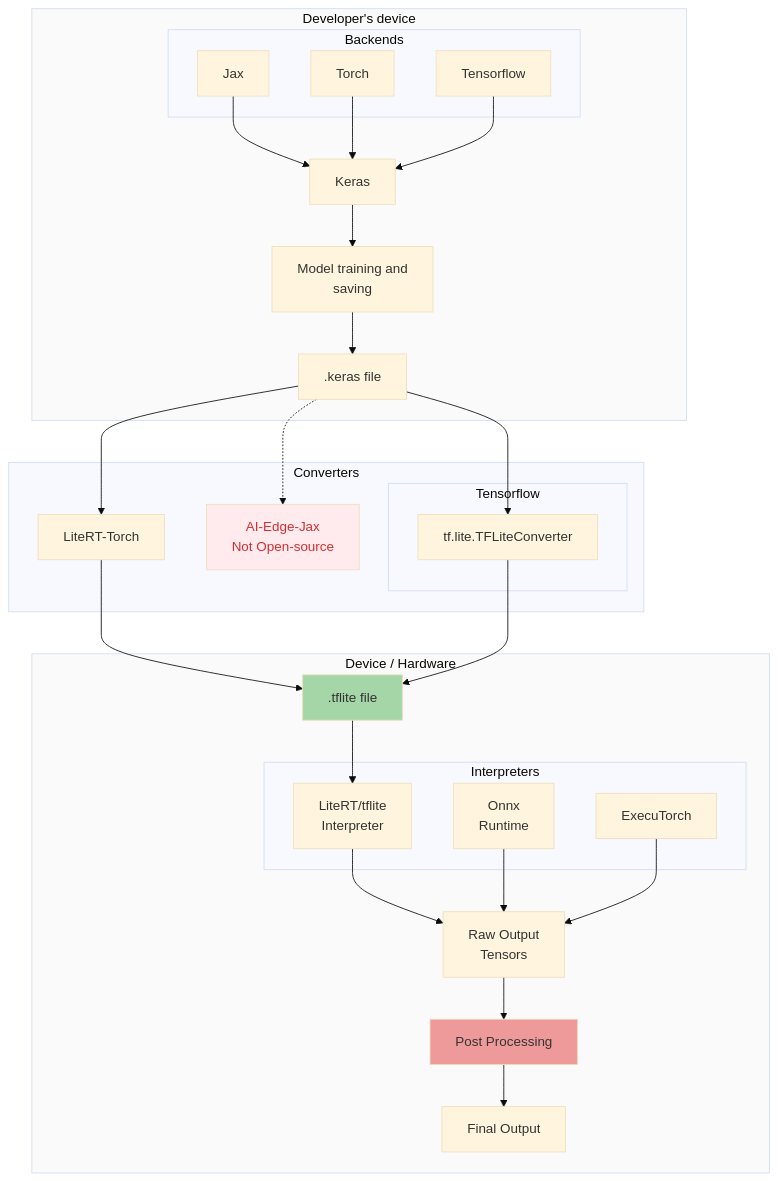
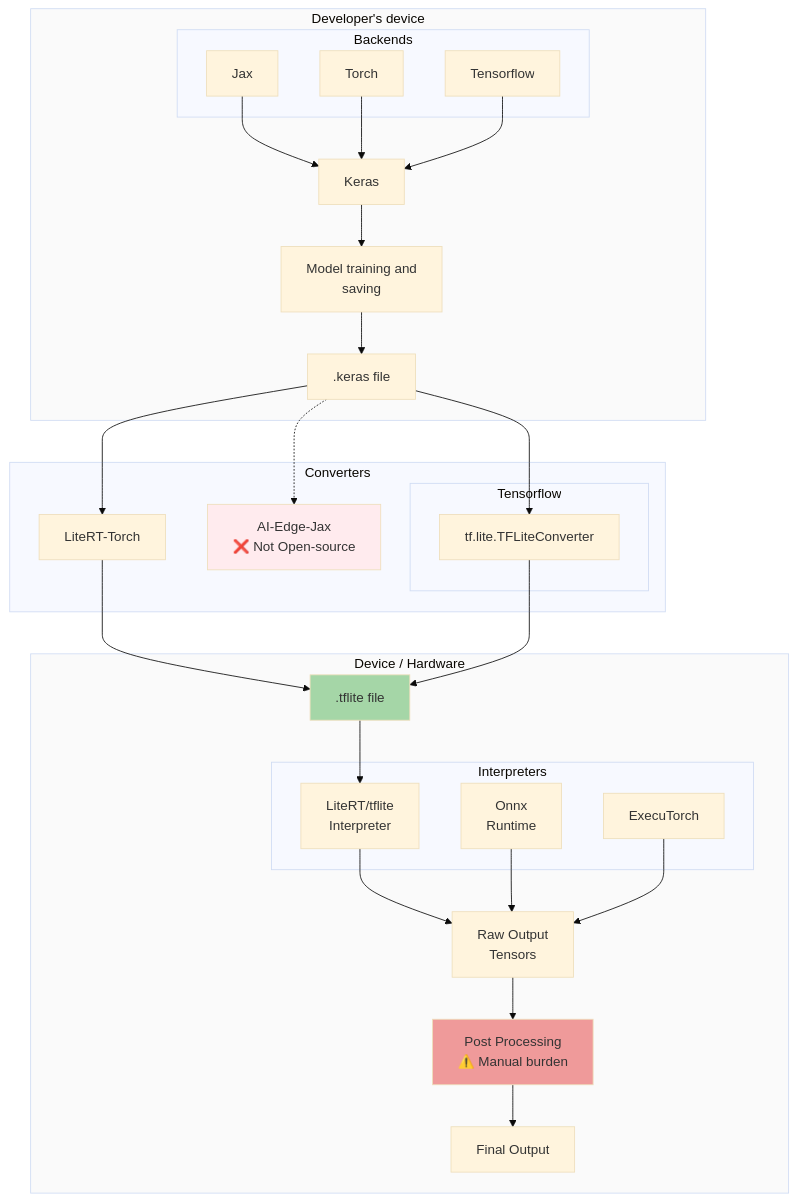
Before and after one commit to pctablet505/litert-demo: the seventh of 13 diagrams in slide.md, drawn with Mermaid (base theme). The commit also changed other lines of this file, not shown here.

First line of the commit message:
slides: complete reorder into 6-act narrative arc + diagram improvements

````diff
--- a/slide.md
+++ b/slide.md
@@ -393,57 +367,57 @@
 ```mermaid
 flowchart TB
     subgraph DEV["Developer's device"]
         subgraph BACK["Backends"]
             JAX["Jax"]
             TORCH["Torch"]
             TF["Tensorflow"]
         end
         K["Keras"]
         MTS["Model training and<br/>saving"]
         KFILE[".keras file"]
         JAX --> K
         TORCH --> K
         TF --> K
         K --> MTS
         MTS --> KFILE
     end
 
     subgraph CONV["Converters"]
-        AJ["<span style='color:#d32f2f'>AI-Edge-Jax<br/>Not Open-source</span>"]
+        AJ["AI-Edge-Jax<br/>❌ Not Open-source"]
         LT["LiteRT-Torch"]
         subgraph TFB["Tensorflow"]
             TLC["tf.lite.TFLiteConverter"]
         end
     end
 
     KFILE --> LT
     KFILE --> TLC
     KFILE -.-> AJ
 
     TFLITE[".tflite file"]
     LT --> TFLITE
     TLC --> TFLITE
 
     subgraph HW["Device / Hardware"]
         subgraph INTERP["Interpreters"]
             ONNX["Onnx<br/>Runtime"]
             LTI["LiteRT/tflite<br/>Interpreter"]
             EXE["ExecuTorch"]
         end
         RAW["Raw Output<br/>Tensors"]
-        POST["<span style='color:#fff;background:#e57373;padding:2px 6px;border-radius:3px'>Post Processing</span>"]
+        POST["Post Processing<br/>⚠️ Manual burden"]
         FINAL["Final Output"]
         TFLITE --> LTI
         LTI --> RAW
         ONNX --> RAW
         EXE --> RAW
         RAW --> POST
         POST --> FINAL
     end
 
     style TFLITE fill:#a5d6a7
     style AJ fill:#ffebee
     style POST fill:#ef9a9a
     style DEV fill:#fafafa
     style HW fill:#fafafa
 ```
````
